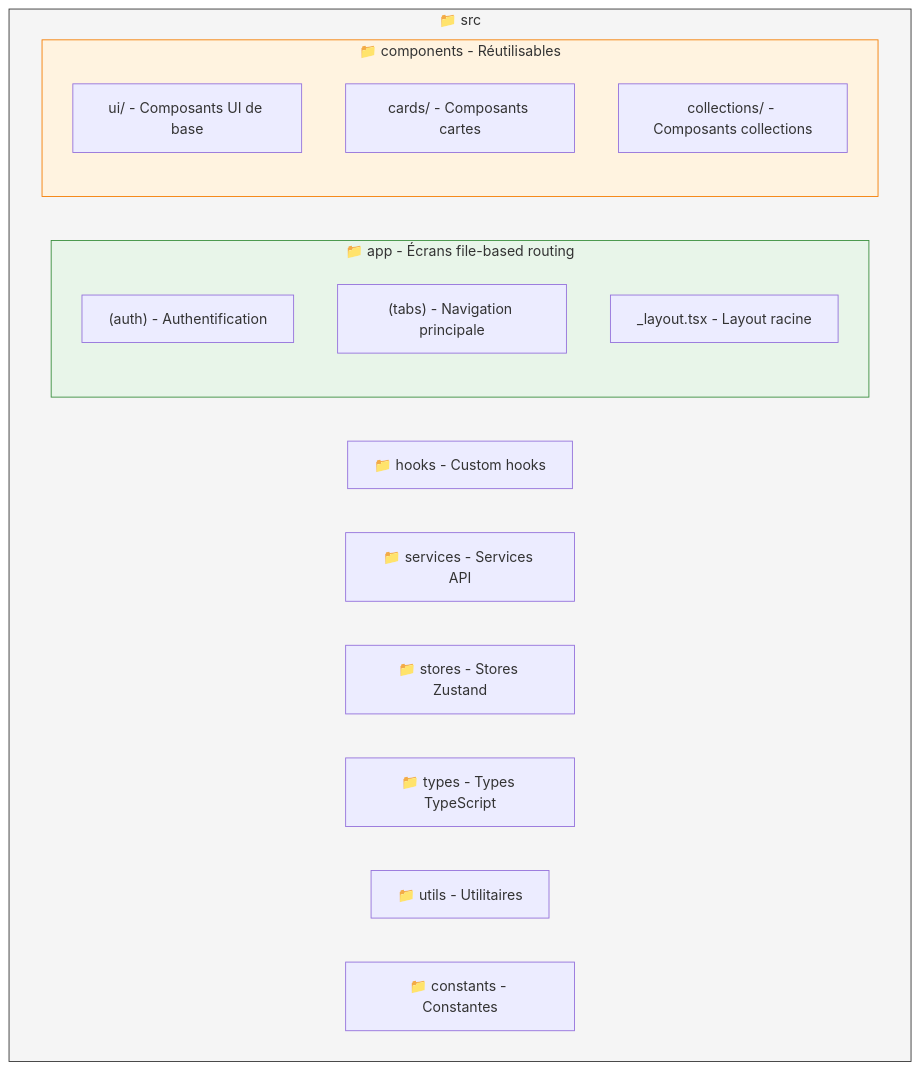
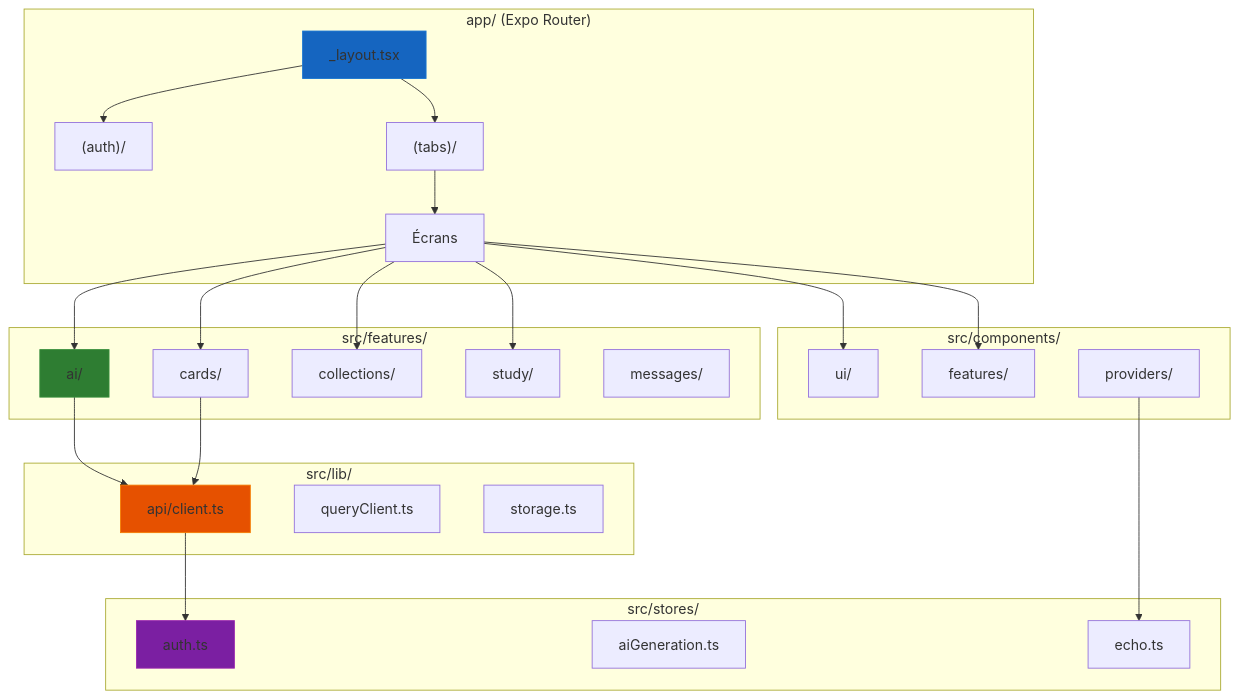
One commit to mindlet-app/docs changed the first of 4 diagrams in src/content/docs/architecture/frontend.mdx. Above: the diagram before and after it, drawn with Mermaid. The commit also changed other lines of this file and 17 other files, not shown here.

First line of the commit message:
feat: Update Mermaid diagrams and enhance documentation clarity

````diff
--- a/src/content/docs/architecture/frontend.mdx
+++ b/src/content/docs/architecture/frontend.mdx
@@ -38,25 +59,49 @@
 ```mermaid
-flowchart TD
-    subgraph src["📁 src"]
-        subgraph app["📁 app - Écrans file-based routing"]
-            auth["(auth) - Authentification"]
-            tabs["(tabs) - Navigation principale"]
-            layout["_layout.tsx - Layout racine"]
-        end
-        subgraph components["📁 components - Réutilisables"]
-            ui["ui/ - Composants UI de base"]
-            cards["cards/ - Composants cartes"]
-            collections["collections/ - Composants collections"]
-        end
-        hooks["📁 hooks - Custom hooks"]
-        services["📁 services - Services API"]
-        stores["📁 stores - Stores Zustand"]
-        types["📁 types - Types TypeScript"]
-        utils["📁 utils - Utilitaires"]
-        constants["📁 constants - Constantes"]
+flowchart TB
+    subgraph "app/ (Expo Router)"
+        ROOT["_layout.tsx"]
+        AUTH["(auth)/"]
+        TABS["(tabs)/"]
+        SCREENS["Écrans"]
     end
-    
-    style src fill:#f5f5f5,stroke:#333
-    style app fill:#e8f5e9,stroke:#388e3c
-    style components fill:#fff3e0,stroke:#f57c00
+
+    subgraph "src/features/"
+        AI["ai/"]
+        CARDS["cards/"]
+        COLL["collections/"]
+        STUDY["study/"]
+        MSG["messages/"]
+    end
+
+    subgraph "src/components/"
+        UI["ui/"]
+        FEAT["features/"]
+        PROV["providers/"]
+    end
+
+    subgraph "src/stores/"
+        AUTH_ST["auth.ts"]
+        AI_ST["aiGeneration.ts"]
+        ECHO_ST["echo.ts"]
+    end
+
+    subgraph "src/lib/"
+        API["api/client.ts"]
+        QC["queryClient.ts"]
+        STORAGE["storage.ts"]
+    end
+
+    ROOT --> AUTH & TABS
+    TABS --> SCREENS
+    SCREENS --> AI & CARDS & COLL & STUDY
+    AI --> API
+    CARDS --> API
+    SCREENS --> UI & FEAT
+    PROV --> ECHO_ST
+    API --> AUTH_ST
+
+    style ROOT fill:#1565c0,stroke:#1976d2
+    style AI fill:#2e7d32,stroke:#388e3c
+    style API fill:#e65100,stroke:#f57c00
+    style AUTH_ST fill:#7b1fa2,stroke:#9c27b0
 ```
````
